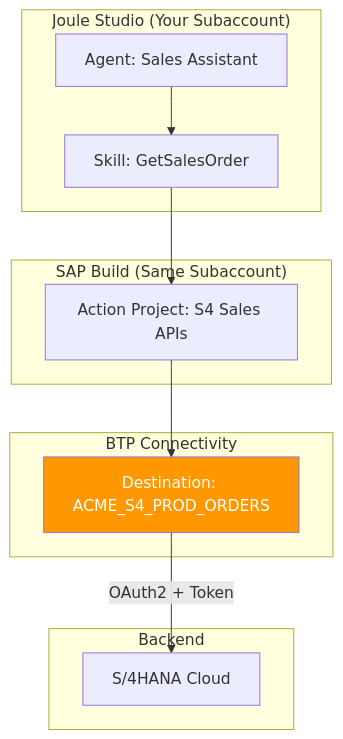
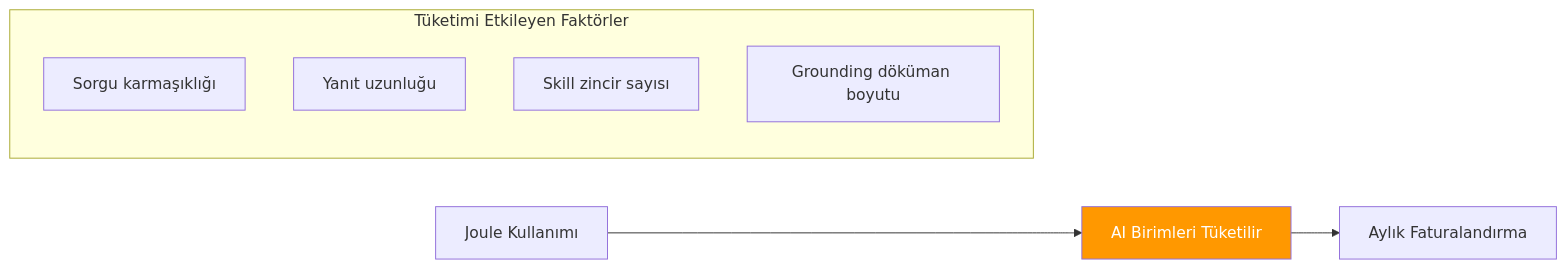
One commit to beyhanmeyrali/sap-all changed the sixth of 6 diagrams in Technical Tutorials/BTP/TR/chapters/08-joule-fundamentals.md. Above: the diagram before and after it, drawn with Mermaid. The commit also changed other lines of this file and 2 other files, not shown here.

````diff
--- a/Technical Tutorials/BTP/TR/chapters/08-joule-fundamentals.md
+++ b/Technical Tutorials/BTP/TR/chapters/08-joule-fundamentals.md
@@ -269,26 +310,14 @@
 ```mermaid
-graph TB
-    subgraph "Joule Studio (Your Subaccount)"
-        SK[Skill: GetSalesOrder]
-        AG[Agent: Sales Assistant]
+graph LR
+    USE[Joule Kullanımı] --> UNITS[AI Birimleri Tüketilir]
+    UNITS --> BILL[Aylık Faturalandırma]
+
+    subgraph "Tüketimi Etkileyen Faktörler"
+        F1[Sorgu karmaşıklığı]
+        F2[Yanıt uzunluğu]
+        F3[Skill zincir sayısı]
+        F4[Grounding döküman boyutu]
     end
 
-    subgraph "SAP Build (Same Subaccount)"
-        AP[Action Project: S4 Sales APIs]
-    end
-
-    subgraph "BTP Connectivity"
-        DS[Destination: ACME_S4_PROD_ORDERS]
-    end
-
-    subgraph "Backend"
-        S4[S/4HANA Cloud]
-    end
-
-    AG --> SK
-    SK --> AP
-    AP --> DS
-    DS --> |"OAuth2 + Token"| S4
-
-    style DS fill:#FF9800,color:white
+    style UNITS fill:#FF9800,color:white
 ```
````
